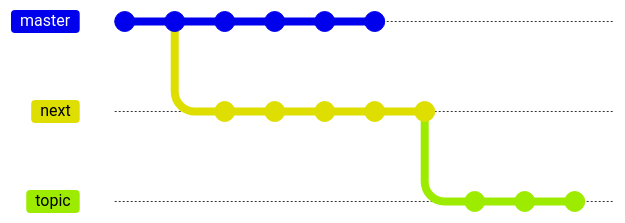
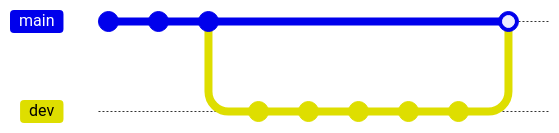
The third of 11 diagrams in content/labs/lab01/index.en.md (P3-MINI/csharp-site), drawn with Mermaid before and after one commit. The commit also changed other lines of this file, not shown here. Commit ids are hidden.

Commit message:
Use mermaid for git graphs and add task zip links

````diff
--- a/content/labs/lab01/index.en.md
+++ b/content/labs/lab01/index.en.md
@@ -558,26 +127,20 @@
 ```mermaid
 ---
 config:
   gitGraph:
-    mainBranchName: "master"
-    parallelCommits: true
+      mainBranchName: 'main'
 ---
 gitGraph
-    commit
-    commit
-    branch next
-    commit 
-    commit 
-    commit
-    commit
-    commit
-    branch topic
-    commit
-    commit
-    commit
-    checkout master
-    commit 
-    commit 
-    commit
-    commit
+   commit 
+   commit 
+   commit 
+   branch dev 
+   checkout dev 
+   commit 
+   commit 
+   commit 
+   commit 
+   commit 
+   checkout main
+   merge dev id: "8-95eea0b"
 ```
````
